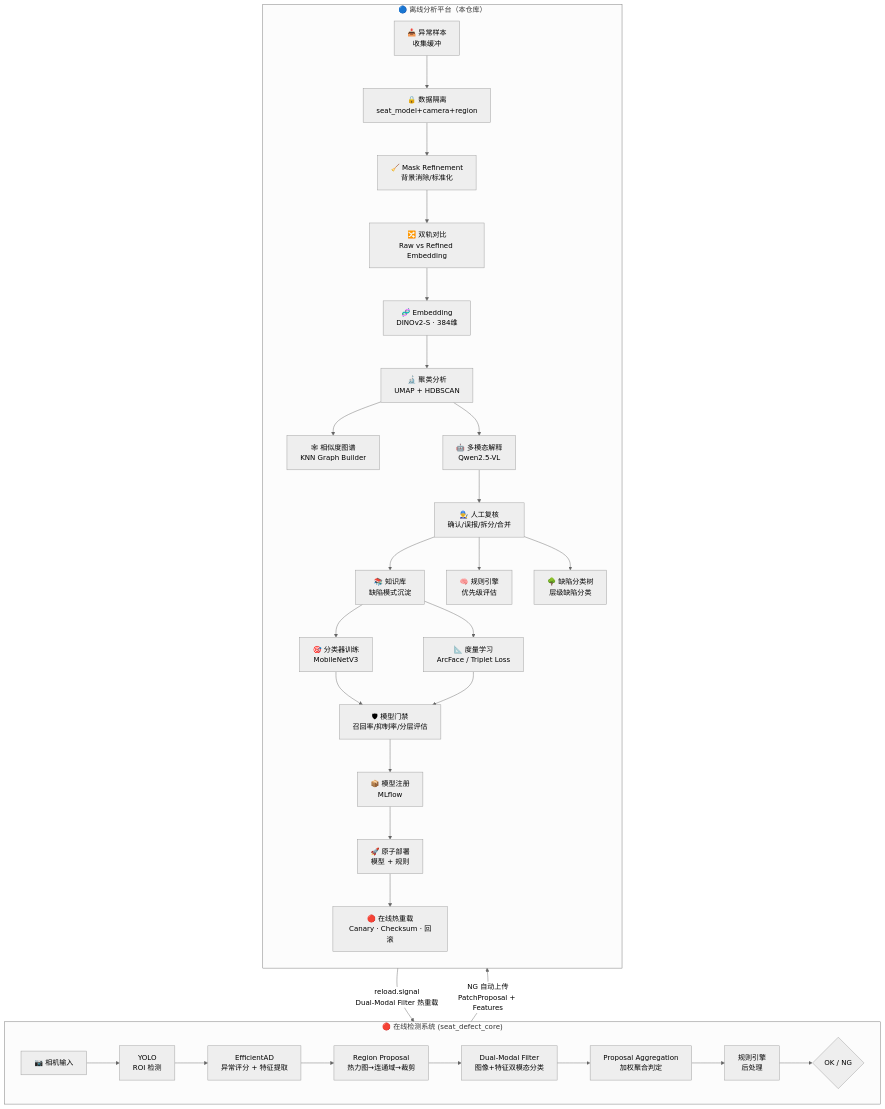
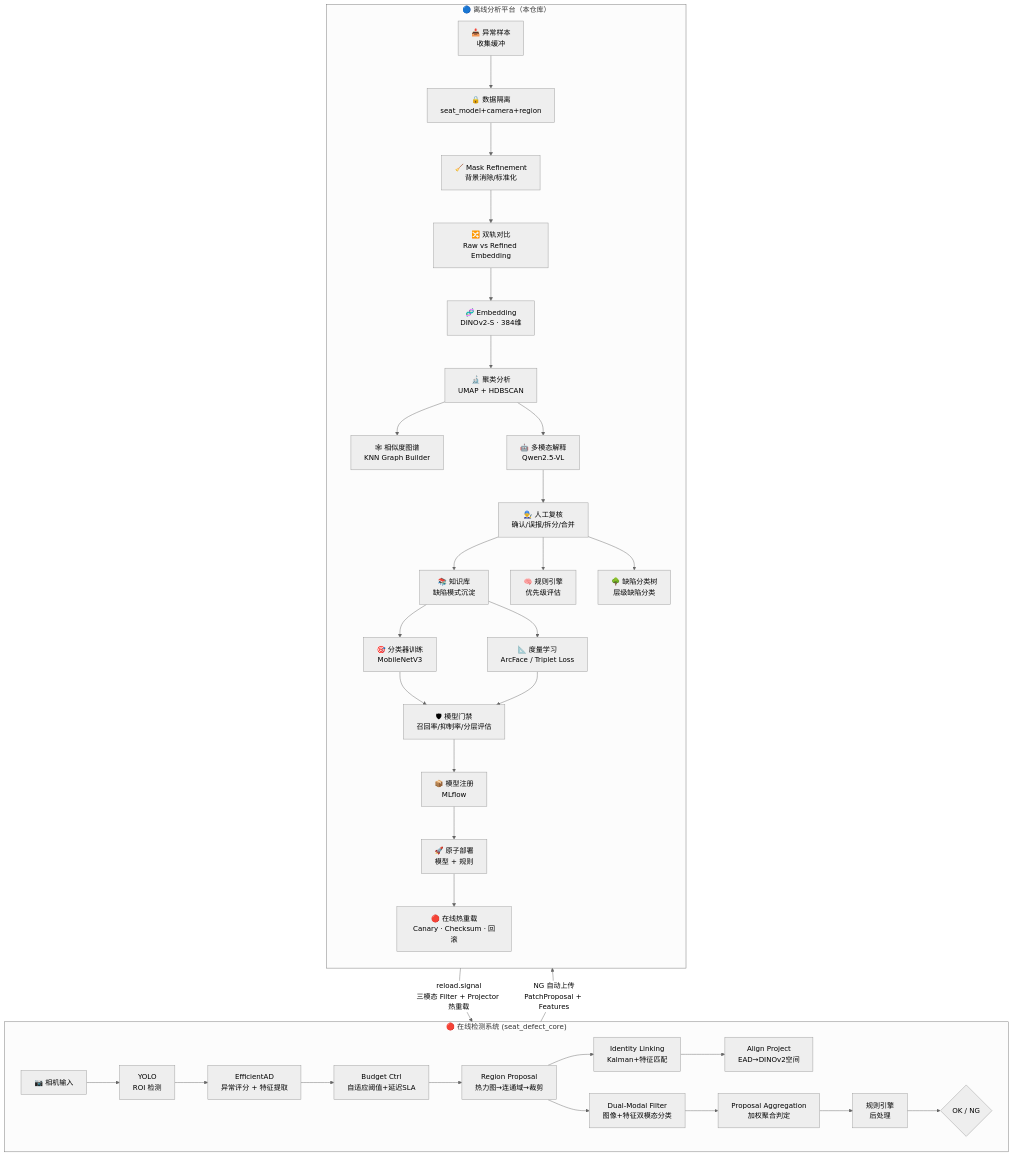
The diagram in README.md (celien99/offline-analysis-platform), drawn with Mermaid (neutral theme) before and after one commit. The commit also changed other lines of this file, not shown here.

Commit message:
docs: sync README with Budget Controller + Identity Linking + Embedding Space Contract

````diff
--- a/README.md
+++ b/README.md
@@ -35,38 +35,41 @@
 ```mermaid
 flowchart TB
     subgraph ONLINE["🔴 在线检测系统 (seat_defect_core)"]
         direction LR
         CAM["📷 相机输入"] --> YOLO["YOLO<br/>ROI 检测"]
         YOLO --> PC["EfficientAD<br/>异常评分 + 特征提取"]
-        PC --> RP["Region Proposal<br/>热力图→连通域→裁剪"]
+        PC --> BC["Budget Ctrl<br/>自适应阈值+延迟SLA"]
+        BC --> RP["Region Proposal<br/>热力图→连通域→裁剪"]
+        RP --> IL["Identity Linking<br/>Kalman+特征匹配"]
+        IL --> AP["Align Project<br/>EAD→DINOv2空间"]
         RP --> FC["Dual-Modal Filter<br/>图像+特征双模态分类"]
         FC --> AG["Proposal Aggregation<br/>加权聚合判定"]
         AG --> RE["规则引擎<br/>后处理"]
         RE --> DECISION{"OK / NG"}
     end
 
     subgraph OFFLINE["🔵 离线分析平台（本仓库）"]
         direction TB
         INGEST["📥 异常样本<br/>收集缓冲"] --> ISOLATION["🔒 数据隔离<br/>seat_model+camera+region"]
         ISOLATION --> MASK["🧹 Mask Refinement<br/>背景消除/标准化"]
         MASK --> DUAL["🔀 双轨对比<br/>Raw vs Refined Embedding"]
         DUAL --> EMBED["🧬 Embedding<br/>DINOv2-S · 384维"]
         EMBED --> CLUSTER["🔬 聚类分析<br/>UMAP + HDBSCAN"]
         CLUSTER --> GRAPH["🕸 相似度图谱<br/>KNN Graph Builder"]
         CLUSTER --> VLM["🤖 多模态解释<br/>Qwen2.5-VL"]
         VLM --> REVIEW["👨‍🔧 人工复核<br/>确认/误报/拆分/合并"]
         REVIEW --> KB["📚 知识库<br/>缺陷模式沉淀"]
         REVIEW --> RULES["🧠 规则引擎<br/>优先级评估"]
         REVIEW --> TAX["🌳 缺陷分类树<br/>层级缺陷分类"]
         KB --> TRAIN["🎯 分类器训练<br/>MobileNetV3"]
         KB --> METRIC["📐 度量学习<br/>ArcFace / Triplet Loss"]
         TRAIN --> GATE["🛡 模型门禁<br/>召回率/抑制率/分层评估"]
         METRIC --> GATE
         GATE --> REGISTRY["📦 模型注册<br/>MLflow"]
         REGISTRY --> DEPLOY["🚀 原子部署<br/>模型 + 规则"]
         DEPLOY --> HOT["🔴 在线热重载<br/>Canary · Checksum · 回滚"]
     end
 
     ONLINE -->|"NG 自动上传<br/>PatchProposal + Features"| INGEST
-    HOT -->|"reload.signal<br/>Dual-Modal Filter 热重载"| FC
+    HOT -->|"reload.signal<br/>三模态 Filter + Projector 热重载"| AP
 ```
````
